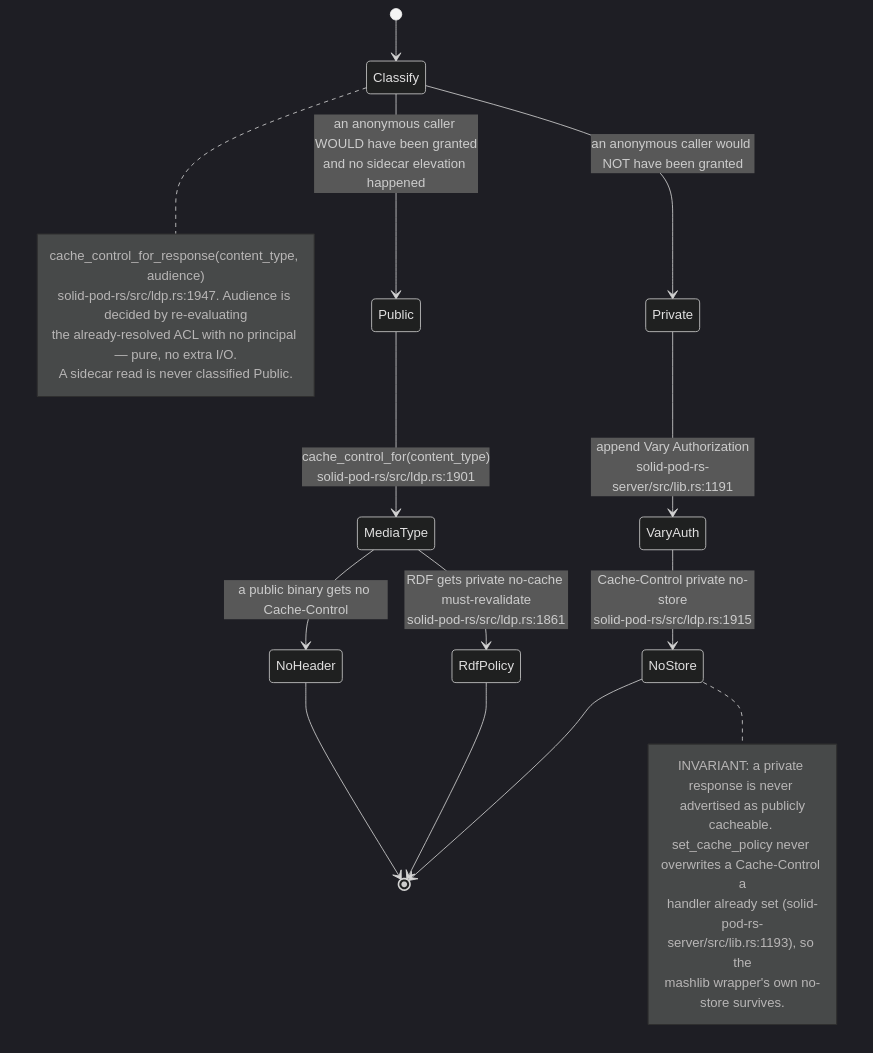
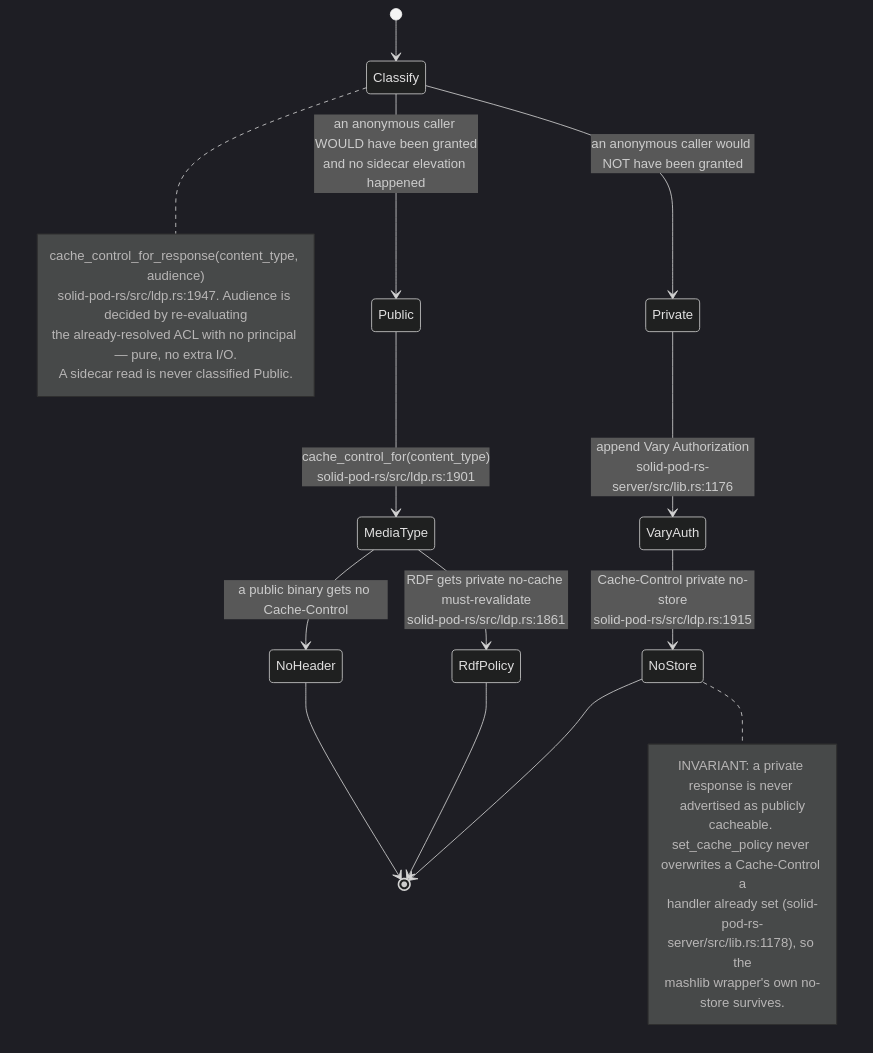
Before and after one commit to DreamLab-AI/VisionFlow: diagram 11 of 11 in docs/diagrams/solid-pod-rs/03-ldp-request-lifecycle.md, drawn with Mermaid (dark theme). The commit also changed other lines of this file and 21 other files, not shown here.

Commit message:
docs(diagrams): refresh first verified estate batch

````diff
--- a/docs/diagrams/solid-pod-rs/03-ldp-request-lifecycle.md
+++ b/docs/diagrams/solid-pod-rs/03-ldp-request-lifecycle.md
@@ -314,29 +314,29 @@
 ```mermaid
 stateDiagram-v2
     [*] --> Classify
     Classify --> Private: an anonymous caller would NOT have been granted
     Classify --> Public: an anonymous caller WOULD have been granted<br/>and no sidecar elevation happened
 
-    Private --> VaryAuth: append Vary Authorization<br/>solid-pod-rs-server/src/lib.rs:1191
+    Private --> VaryAuth: append Vary Authorization<br/>solid-pod-rs-server/src/lib.rs:1176
     VaryAuth --> NoStore: Cache-Control private no-store<br/>solid-pod-rs/src/ldp.rs:1915
     Public --> MediaType: cache_control_for(content_type)<br/>solid-pod-rs/src/ldp.rs:1901
     MediaType --> RdfPolicy: RDF gets private no-cache must-revalidate<br/>solid-pod-rs/src/ldp.rs:1861
     MediaType --> NoHeader: a public binary gets no Cache-Control
 
     NoStore --> [*]
     RdfPolicy --> [*]
     NoHeader --> [*]
 
     note right of Classify
       cache_control_for_response(content_type, audience)
       solid-pod-rs/src/ldp.rs:1947. Audience is decided by re-evaluating
       the already-resolved ACL with no principal — pure, no extra I/O.
       A sidecar read is never classified Public.
     end note
     note right of NoStore
       INVARIANT: a private response is never advertised as publicly
       cacheable. set_cache_policy never overwrites a Cache-Control a
-      handler already set (solid-pod-rs-server/src/lib.rs:1193), so the
+      handler already set (solid-pod-rs-server/src/lib.rs:1178), so the
       mashlib wrapper's own no-store survives.
     end note
 ```
````
